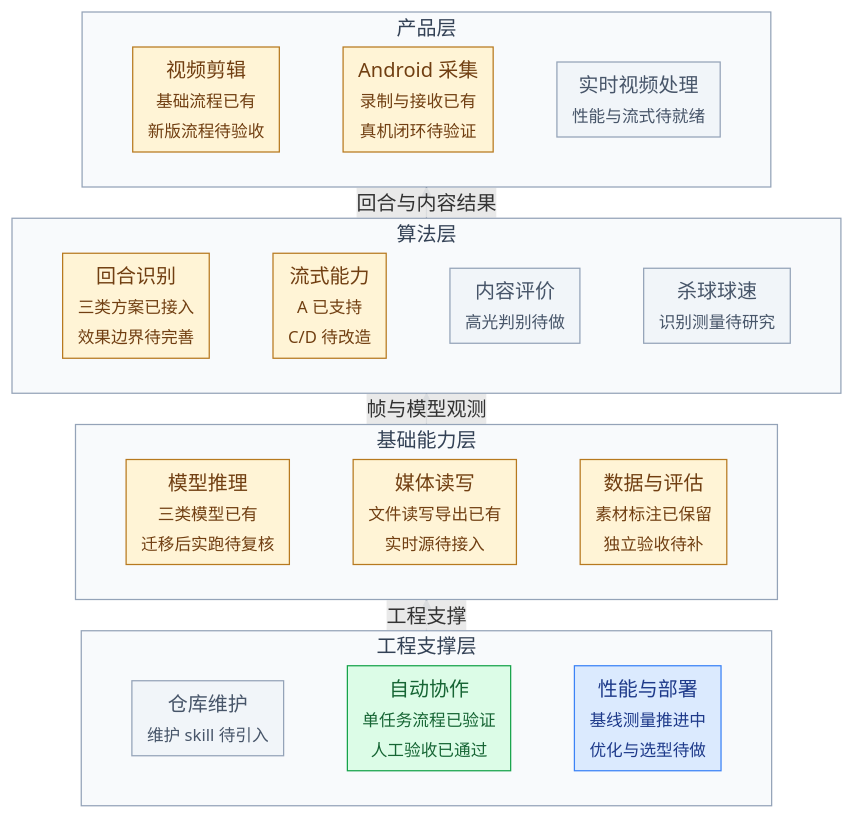
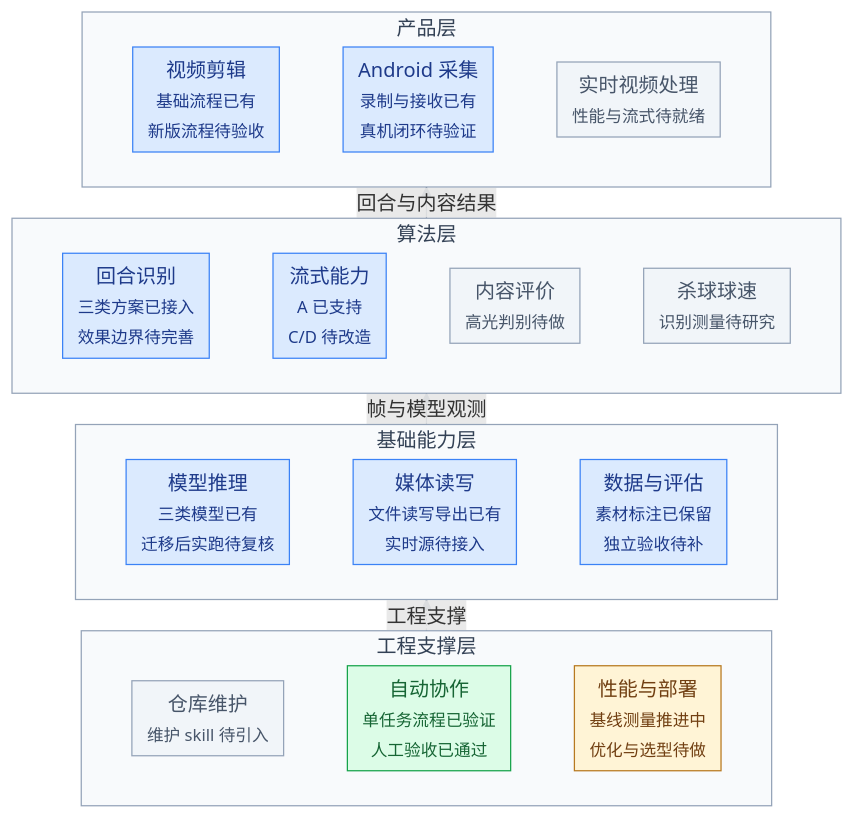
Before and after one commit to benb365/smash-suite: the first of 2 diagrams in docs/plan/roadmap.md, drawn with Mermaid. The commit also changed other lines of this file and 1 other file, not shown here.

Commit message:
docs: number roadmap tasks and list dependencies

````diff
--- a/docs/plan/roadmap.md
+++ b/docs/plan/roadmap.md
@@ -16,66 +16,66 @@
 ```mermaid
 %%{init: {"flowchart": {"useMaxWidth": true, "nodeSpacing": 10, "rankSpacing": 1, "padding": 6, "diagramPadding": 8}}}%%
 flowchart BT
   subgraph products["产品层"]
     subgraph productRow[" "]
     direction LR
     clip["视频剪辑<br/><small>基础流程已有<br/>新版流程待验收</small>"]
     capture["Android 采集<br/><small>录制与接收已有<br/>真机闭环待验证</small>"]
     live["实时视频处理<br/><small>性能与流式待就绪</small>"]
     clip ~~~ capture ~~~ live
     end
   end
 
   subgraph algorithms["算法层"]
     subgraph algorithmRow[" "]
     direction LR
     rally["回合识别<br/><small>三类方案已接入<br/>效果边界待完善</small>"]
     stream["流式能力<br/><small>A 已支持<br/>C/D 待改造</small>"]
     content["内容评价<br/><small>高光判别待做</small>"]
     speed["杀球球速<br/><small>识别测量待研究</small>"]
     rally ~~~ stream ~~~ content ~~~ speed
     end
   end
 
   subgraph foundation["基础能力层"]
     subgraph foundationRow[" "]
     direction LR
     models["模型推理<br/><small>三类模型已有<br/>迁移后实跑待复核</small>"]
     media["媒体读写<br/><small>文件读写导出已有<br/>实时源待接入</small>"]
     data["数据与评估<br/><small>素材标注已保留<br/>独立验收待补</small>"]
     models ~~~ media ~~~ data
     end
   end
 
   subgraph engineering["工程支撑层"]
     subgraph engineeringRow[" "]
     direction LR
     maintenance["仓库维护<br/><small>维护 skill 待引入</small>"]
     workflow["自动协作<br/><small>单任务流程已验证<br/>人工验收已通过</small>"]
     performance["性能与部署<br/><small>基线测量推进中<br/>优化与选型待做</small>"]
     maintenance ~~~ workflow ~~~ performance
     end
   end
 
   engineering -. 工程支撑 .-> foundation
   foundation -->|帧与模型观测| algorithms
   algorithms -->|回合与内容结果| products
 
   classDef complete fill:#dcfce7,stroke:#16a34a,color:#166534
-  classDef partial fill:#fff4d6,stroke:#b7791f,color:#713f12
+  classDef partial fill:#dbeafe,stroke:#3b82f6,color:#1e3a8a
   classDef pending fill:#f1f5f9,stroke:#94a3b8,color:#475569
-  classDef active fill:#dbeafe,stroke:#3b82f6,color:#1e3a8a
+  classDef active fill:#fff4d6,stroke:#b7791f,color:#713f12
   class clip,capture,rally,stream,models,media,data partial
   class live,content,speed,maintenance pending
   class workflow complete
   class performance active
   style products fill:#f8fafc,stroke:#94a3b8,color:#334155
   style algorithms fill:#f8fafc,stroke:#94a3b8,color:#334155
   style foundation fill:#f8fafc,stroke:#94a3b8,color:#334155
   style engineering fill:#f8fafc,stroke:#94a3b8,color:#334155
   style productRow fill:transparent,stroke:transparent
   style algorithmRow fill:transparent,stroke:transparent
   style foundationRow fill:transparent,stroke:transparent
   style engineeringRow fill:transparent,stroke:transparent
   linkStyle default stroke:#64748b
 ```
````
